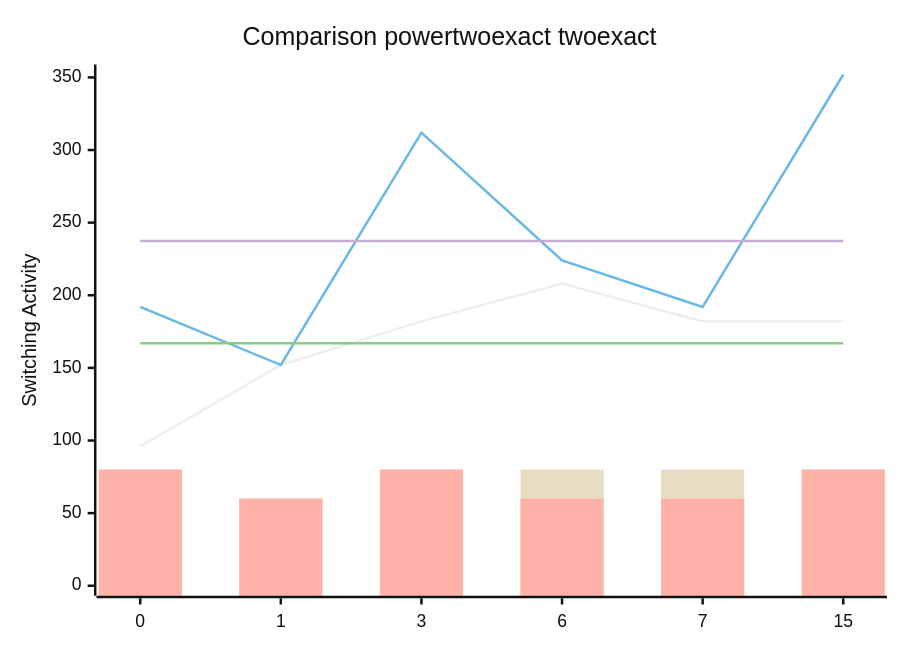
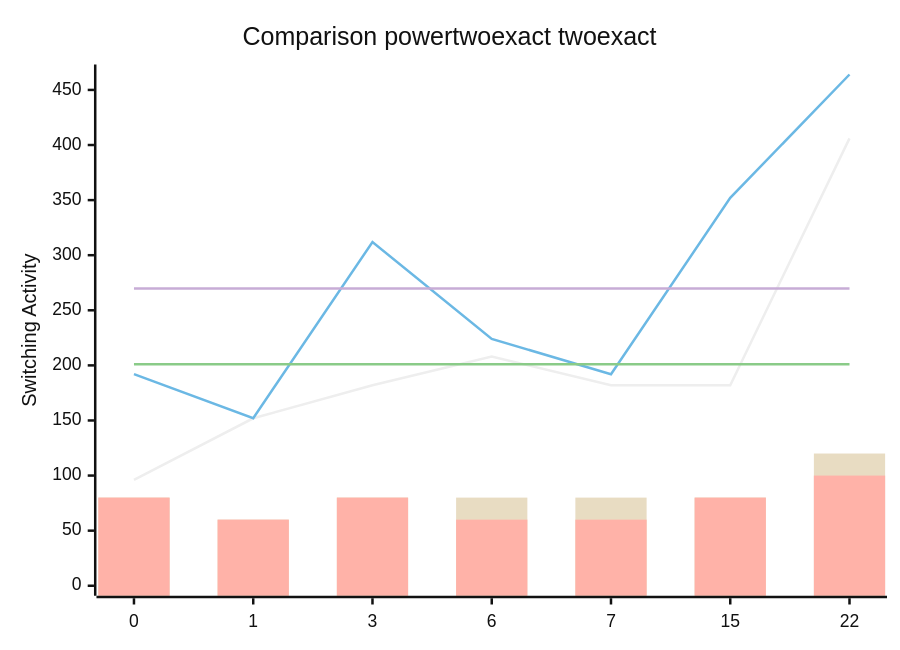
One commit to FeldmeierMichael/Exact-Power-Synthesis changed the diagram in benchmark.md. Above: the diagram before and after it, drawn with Mermaid (neutral theme). The commit also changed other lines of this file and 2 other files, not shown here.

````diff
--- a/benchmark.md
+++ b/benchmark.md
@@ -17,12 +19,12 @@
 ```mermaid
 xychart-beta
     title "Comparison powertwoexact twoexact"
-    x-axis [0, 1, 3, 6, 7, 15]
-    y-axis "Switching Activity" 0-->352
-    line [96, 152, 182, 208, 182, 182]
-    line [192, 152, 312, 224, 192, 352]
-    line [167.0, 167.0, 167.0, 167.0, 167.0, 167.0]
-    line [237.33333333333334, 237.33333333333334, 237.33333333333334, 237.33333333333334, 237.33333333333334, 237.33333333333334]
-    bar [80, 60, 80, 80, 80, 80]
-    bar [80, 60, 80, 60, 60, 80]
+    x-axis [0, 1, 3, 6, 7, 15, 22]
+    y-axis "Switching Activity" 0-->464
+    line [96, 152, 182, 208, 182, 182, 406]
+    line [192, 152, 312, 224, 192, 352, 464]
+    line [201.14285714285714, 201.14285714285714, 201.14285714285714, 201.14285714285714, 201.14285714285714, 201.14285714285714, 201.14285714285714]
+    line [269.7142857142857, 269.7142857142857, 269.7142857142857, 269.7142857142857, 269.7142857142857, 269.7142857142857, 269.7142857142857]
+    bar [80, 60, 80, 80, 80, 80, 120]
+    bar [80, 60, 80, 60, 60, 80, 100]
 ```
````
